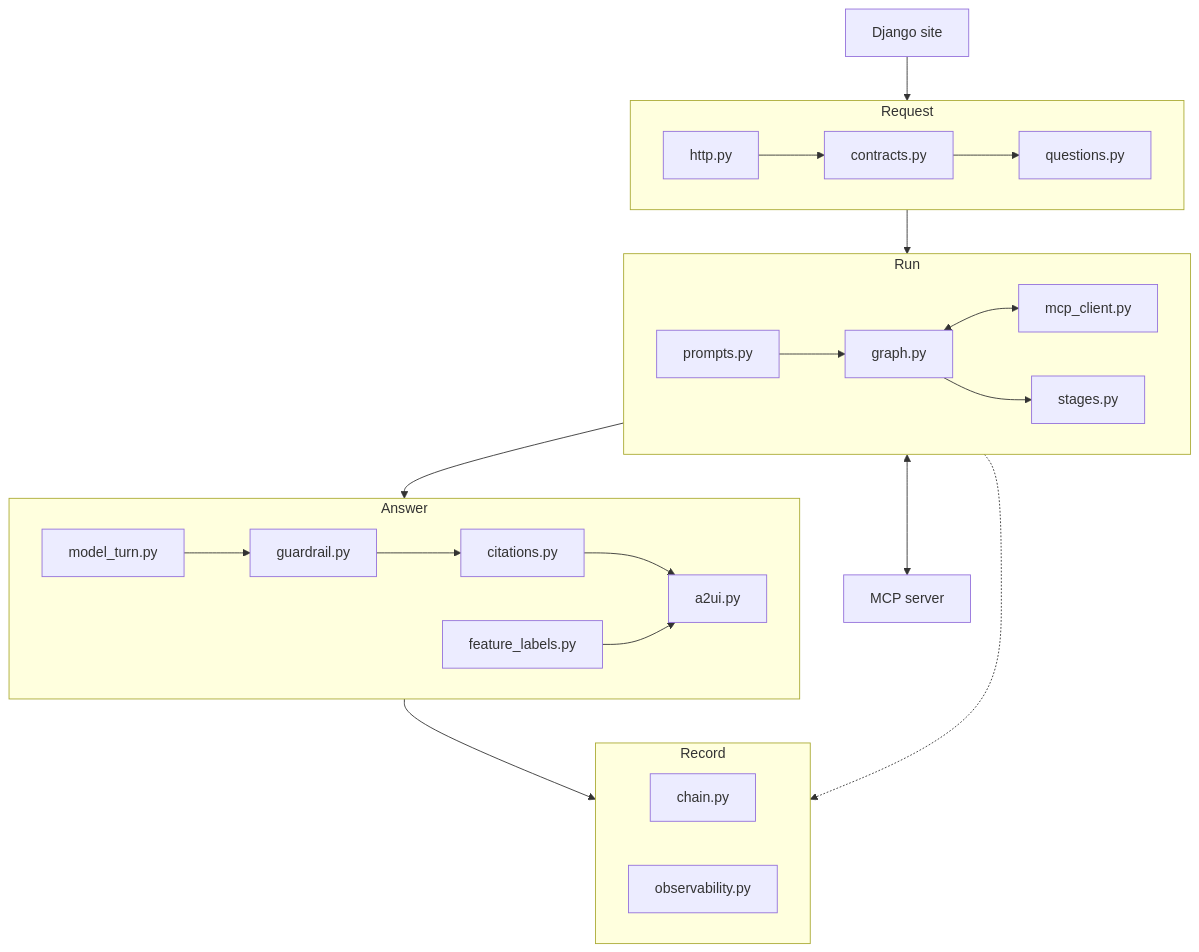
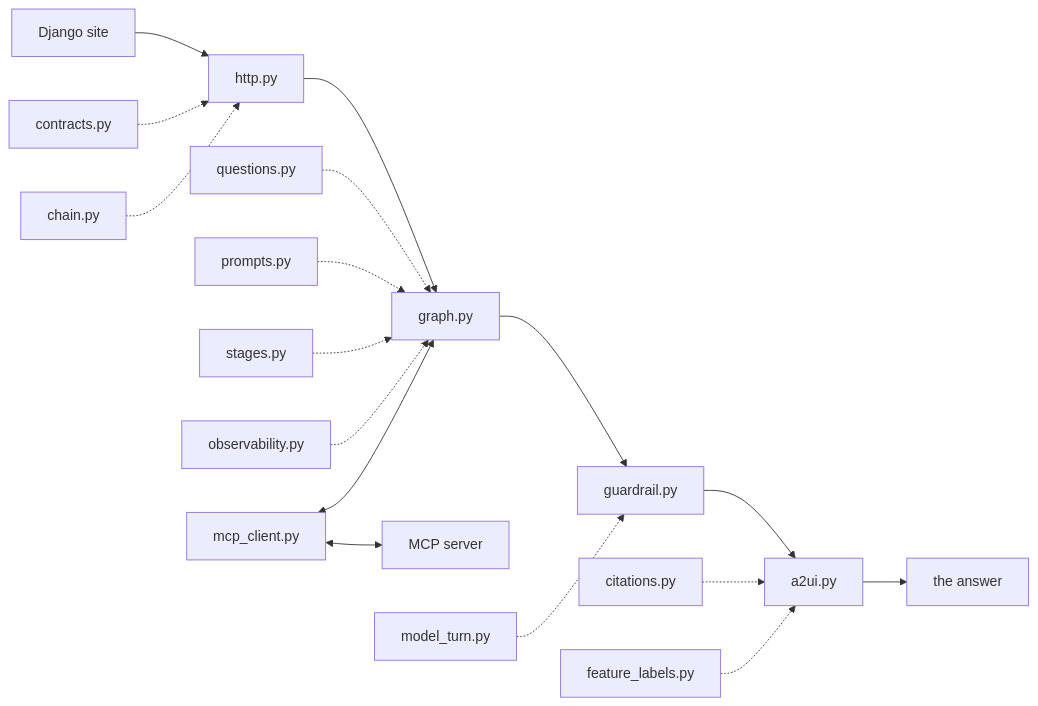
One commit to DanHerman212/enterprise_clinical_copilot changed the diagram in services/agent/README.md. Above: the diagram before and after it, drawn with Mermaid. The commit also changed other lines of this file and 16 other files, not shown here.

````diff
--- a/services/agent/README.md
+++ b/services/agent/README.md
@@ -8,36 +8,16 @@
 ```mermaid
-flowchart TD
-  caller["Django site"]
+flowchart LR
+  caller["Django site"] --> http["http.py"] --> flow["graph.py"] --> guard["guardrail.py"] --> canvas["a2ui.py"] --> out["the answer"]
 
-  subgraph req["Request"]
-    direction LR
-    http["http.py"] --> contracts["contracts.py"] --> questions["questions.py"]
-  end
-
-  subgraph run["Run"]
-    direction LR
-    prompts["prompts.py"] --> flow["graph.py"] <--> mcp["mcp_client.py"]
-    flow --> stages["stages.py"]
-  end
-
-  subgraph ans["Answer"]
-    direction LR
-    turn["model_turn.py"] --> guard["guardrail.py"] --> cites["citations.py"] --> canvas["a2ui.py"]
-    labels["feature_labels.py"] --> canvas
-  end
-
-  subgraph rec["Record"]
-    direction LR
-    chain["chain.py"]
-    obs["observability.py"]
-  end
-
-  tools["MCP server"]
-
-  caller --> http
-  questions --> flow
-  flow --> turn
-  mcp <--> tools
-  canvas --> chain
-  flow -.-> obs
+  contracts["contracts.py"] -.-> http
+  chain["chain.py"] -.-> http
+  questions["questions.py"] -.-> flow
+  prompts["prompts.py"] -.-> flow
+  stages["stages.py"] -.-> flow
+  obs["observability.py"] -.-> flow
+  mcp["mcp_client.py"] <--> flow
+  mcp <--> tools["MCP server"]
+  turn["model_turn.py"] -.-> guard
+  cites["citations.py"] -.-> canvas
+  labels["feature_labels.py"] -.-> canvas
 ```
````
